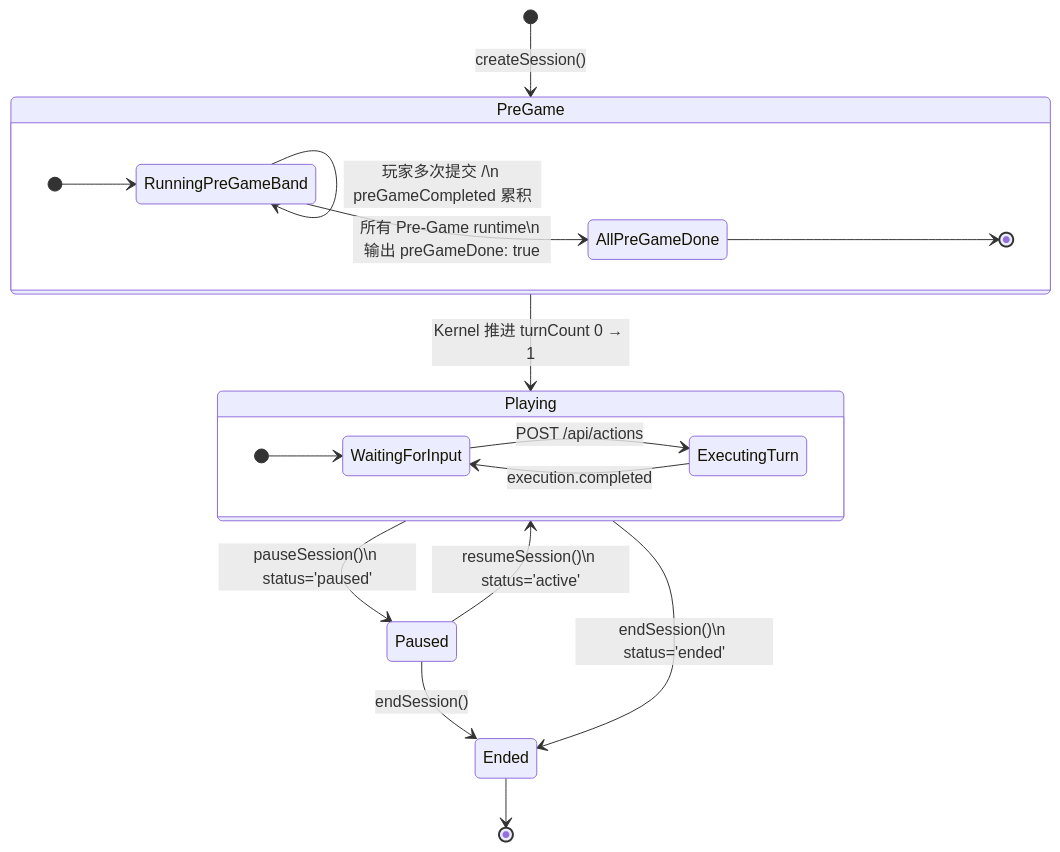
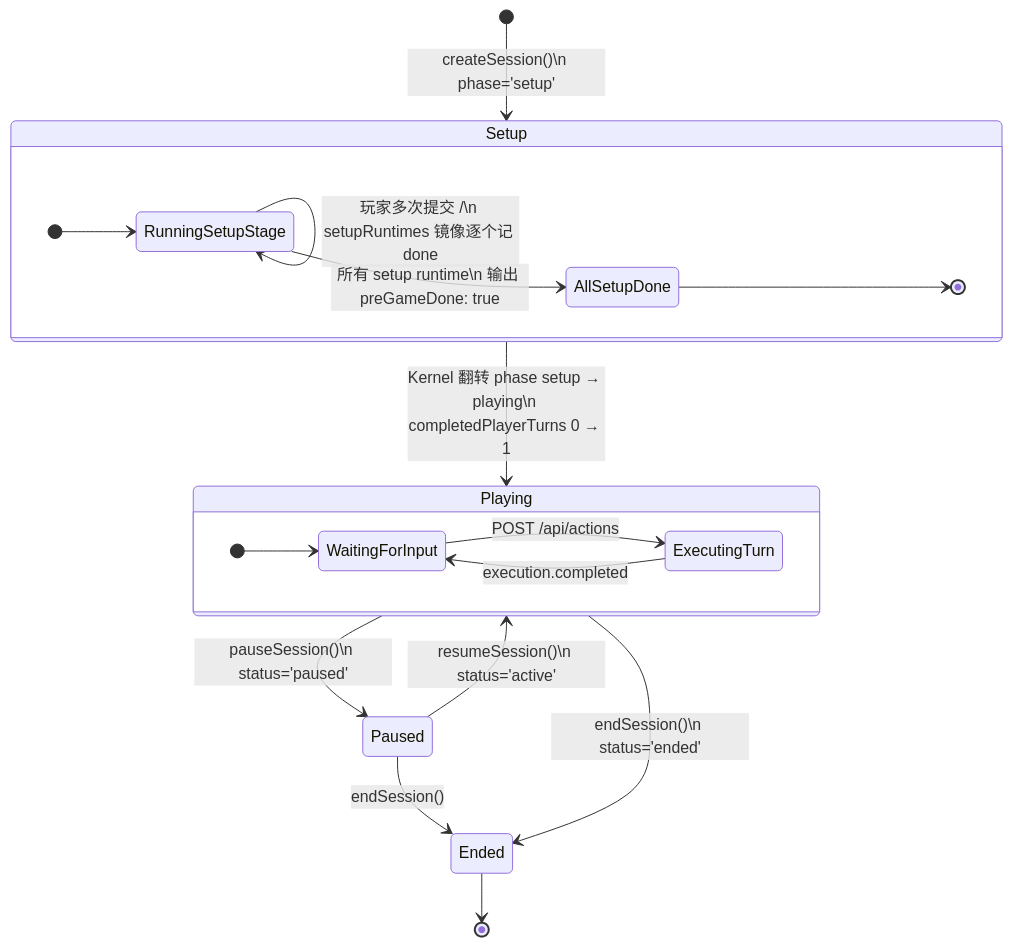
The first of 3 diagrams in docs/architecture/flow.md (ackness/covel), drawn with Mermaid before and after one commit. The commit also changed other lines of this file and 17 other files, not shown here.

````diff
--- a/docs/architecture/flow.md
+++ b/docs/architecture/flow.md
@@ -54,27 +54,27 @@
 ```mermaid
 stateDiagram-v2
-    [*] --> PreGame: createSession()
+    [*] --> Setup: createSession()\n phase='setup'
 
-    state PreGame {
+    state Setup {
         direction LR
-        [*] --> RunningPreGameBand
-        RunningPreGameBand --> RunningPreGameBand: 玩家多次提交 /\n preGameCompleted 累积
-        RunningPreGameBand --> AllPreGameDone: 所有 Pre-Game runtime\n 输出 preGameDone: true
-        AllPreGameDone --> [*]
+        [*] --> RunningSetupStage
+        RunningSetupStage --> RunningSetupStage: 玩家多次提交 /\n setupRuntimes 镜像逐个记 done
+        RunningSetupStage --> AllSetupDone: 所有 setup runtime\n 输出 preGameDone: true
+        AllSetupDone --> [*]
     }
 
-    PreGame --> Playing: Kernel 推进 turnCount 0 → 1
+    Setup --> Playing: Kernel 翻转 phase setup → playing\n completedPlayerTurns 0 → 1
 
     state Playing {
         direction LR
         [*] --> WaitingForInput
         WaitingForInput --> ExecutingTurn: POST /api/actions
         ExecutingTurn --> WaitingForInput: execution.completed
     }
 
     Playing --> Paused: pauseSession()\n status='paused'
     Paused --> Playing: resumeSession()\n status='active'
     Playing --> Ended: endSession()\n status='ended'
     Paused --> Ended: endSession()
     Ended --> [*]
 ```
````
